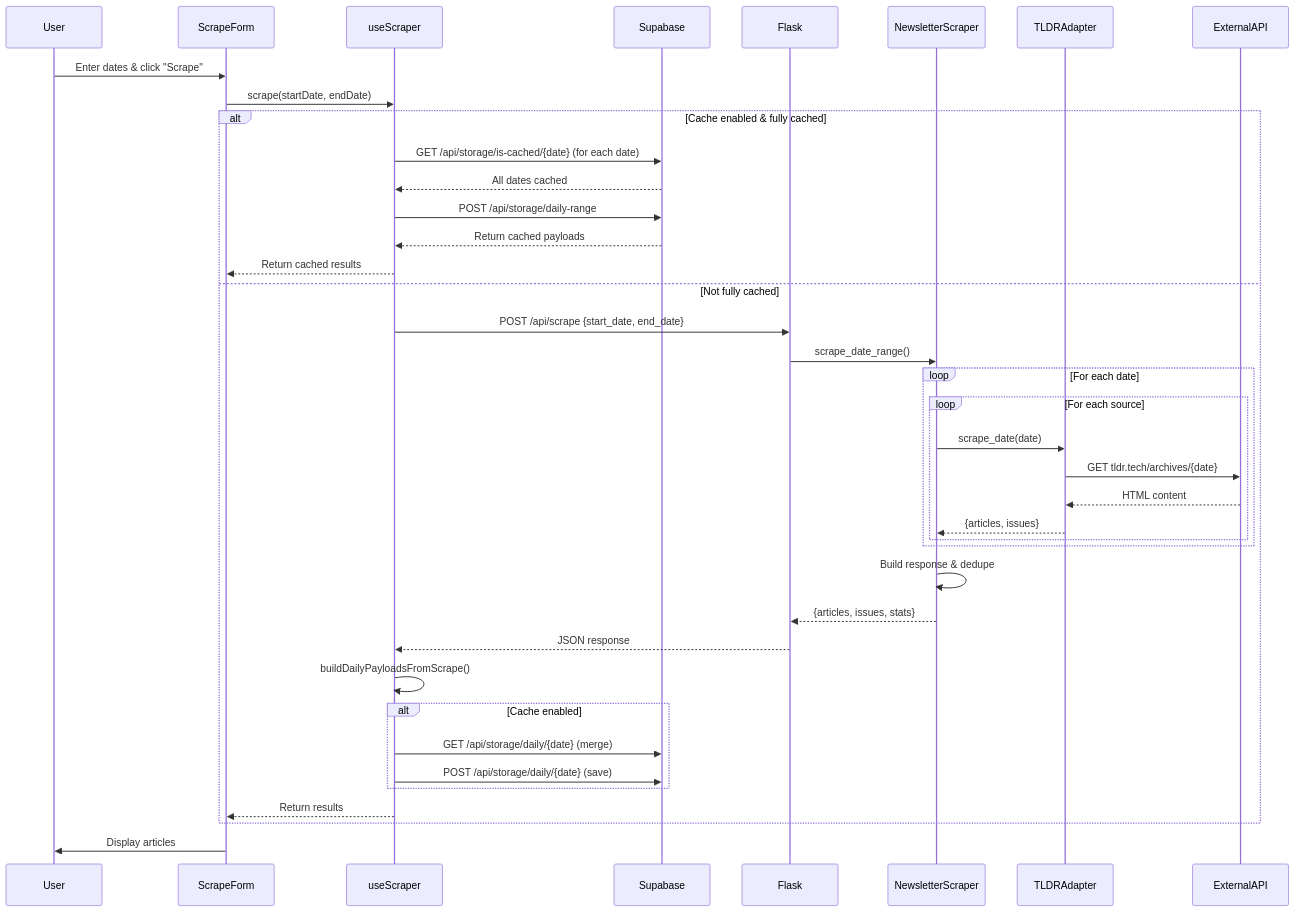
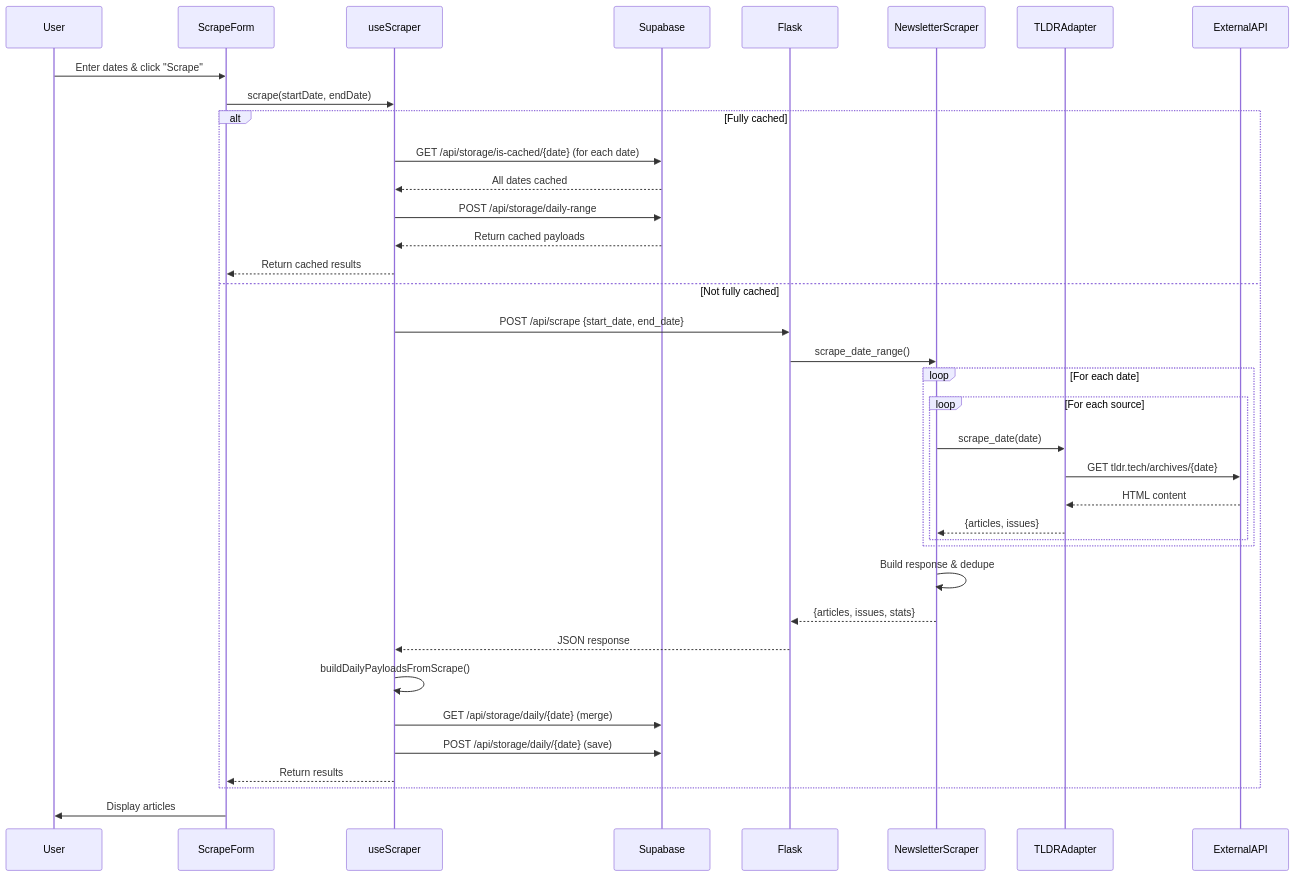
One commit to giladbarnea/TLDRScraper changed the diagram in ARCHITECTURE.md. Above: the diagram before and after it, drawn with Mermaid. The commit also changed other lines of this file and 7 other files, not shown here.

````diff
--- a/ARCHITECTURE.md
+++ b/ARCHITECTURE.md
@@ -875,49 +830,45 @@
 ```mermaid
 sequenceDiagram
     participant User
     participant ScrapeForm
     participant useScraper
     participant Supabase
     participant Flask
     participant NewsletterScraper
     participant TLDRAdapter
     participant ExternalAPI
 
     User->>ScrapeForm: Enter dates & click "Scrape"
     ScrapeForm->>useScraper: scrape(startDate, endDate)
 
-    alt Cache enabled & fully cached
+    alt Fully cached
         useScraper->>Supabase: GET /api/storage/is-cached/{date} (for each date)
         Supabase-->>useScraper: All dates cached
         useScraper->>Supabase: POST /api/storage/daily-range
         Supabase-->>useScraper: Return cached payloads
         useScraper-->>ScrapeForm: Return cached results
     else Not fully cached
         useScraper->>Flask: POST /api/scrape {start_date, end_date}
         Flask->>NewsletterScraper: scrape_date_range()
 
         loop For each date
             loop For each source
                 NewsletterScraper->>TLDRAdapter: scrape_date(date)
                 TLDRAdapter->>ExternalAPI: GET tldr.tech/archives/{date}
                 ExternalAPI-->>TLDRAdapter: HTML content
                 TLDRAdapter-->>NewsletterScraper: {articles, issues}
             end
         end
 
         NewsletterScraper->>NewsletterScraper: Build response & dedupe
         NewsletterScraper-->>Flask: {articles, issues, stats}
         Flask-->>useScraper: JSON response
 
         useScraper->>useScraper: buildDailyPayloadsFromScrape()
-
-        alt Cache enabled
-            useScraper->>Supabase: GET /api/storage/daily/{date} (merge)
-            useScraper->>Supabase: POST /api/storage/daily/{date} (save)
-        end
-
+        useScraper->>Supabase: GET /api/storage/daily/{date} (merge)
+        useScraper->>Supabase: POST /api/storage/daily/{date} (save)
         useScraper-->>ScrapeForm: Return results
     end
 
     ScrapeForm->>User: Display articles
 ```
````
